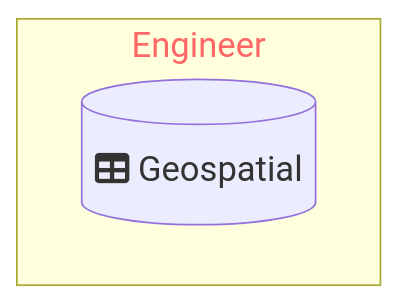
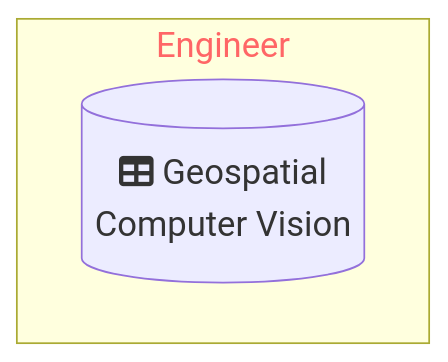
The diagram in README.md (DippoldEJ/DippoldEJ), drawn with Mermaid before and after one commit.

````diff
--- a/README.md
+++ b/README.md
@@ -3,18 +3,18 @@
 ```mermaid
 flowchart LR;
 %%{init: {
 	'themeVariables': { 'fontSize': '20px', 'fontFamily': 'Didot'}
 	}
 }%%
 
  subgraph n[Engineer]
         direction LR
-        b[(fa:fa-table Geospatial)]
+        b[(fa:fa-table Geospatial <br> Computer Vision)]
     end
 
  
 
 style n color:#f66
 
 
 ```
````
